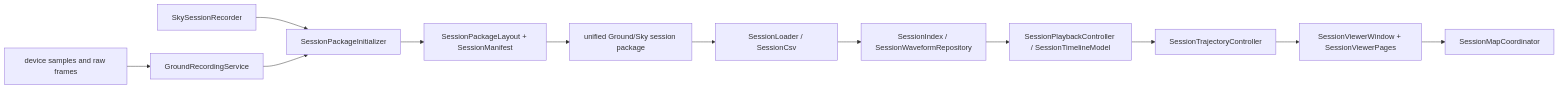
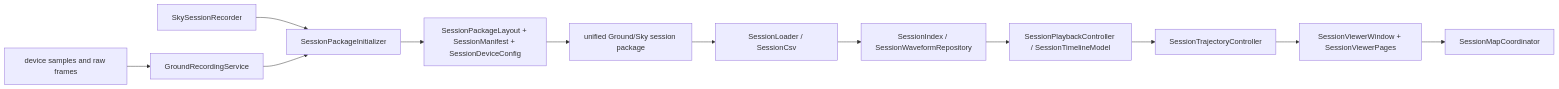
One commit to Winter-And-You-Gone/VaporView changed the third of 4 diagrams in docs/architecture.md. Above: the diagram before and after it, drawn with Mermaid. The commit also changed other lines of this file and 14 other files, not shown here.

````diff
--- a/docs/architecture.md
+++ b/docs/architecture.md
@@ -193,14 +193,14 @@
 ```mermaid
 flowchart LR
   Samples["device samples and raw frames"] --> GRS["GroundRecordingService"]
   Sky["SkySessionRecorder"] --> Init["SessionPackageInitializer"]
   GRS --> Init
-  Init --> Layout["SessionPackageLayout + SessionManifest"]
+  Init --> Layout["SessionPackageLayout + SessionManifest + SessionDeviceConfig"]
   Layout --> Files["unified Ground/Sky session package"]
   Files --> Loader["SessionLoader / SessionCsv"]
   Loader --> Index["SessionIndex / SessionWaveformRepository"]
   Index --> Playback["SessionPlaybackController / SessionTimelineModel"]
   Playback --> Controller["SessionTrajectoryController"]
   Controller --> View["SessionViewerWindow + SessionViewerPages"]
   View --> Map["SessionMapCoordinator"]
 ```
````
